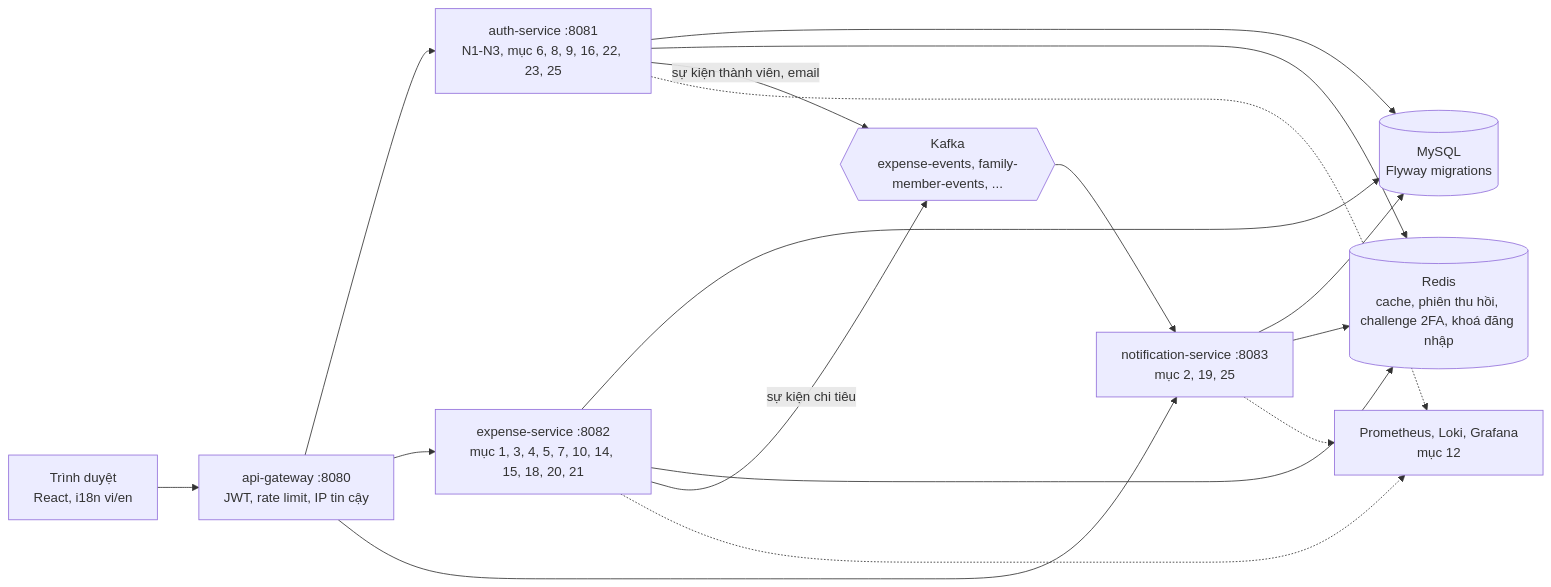
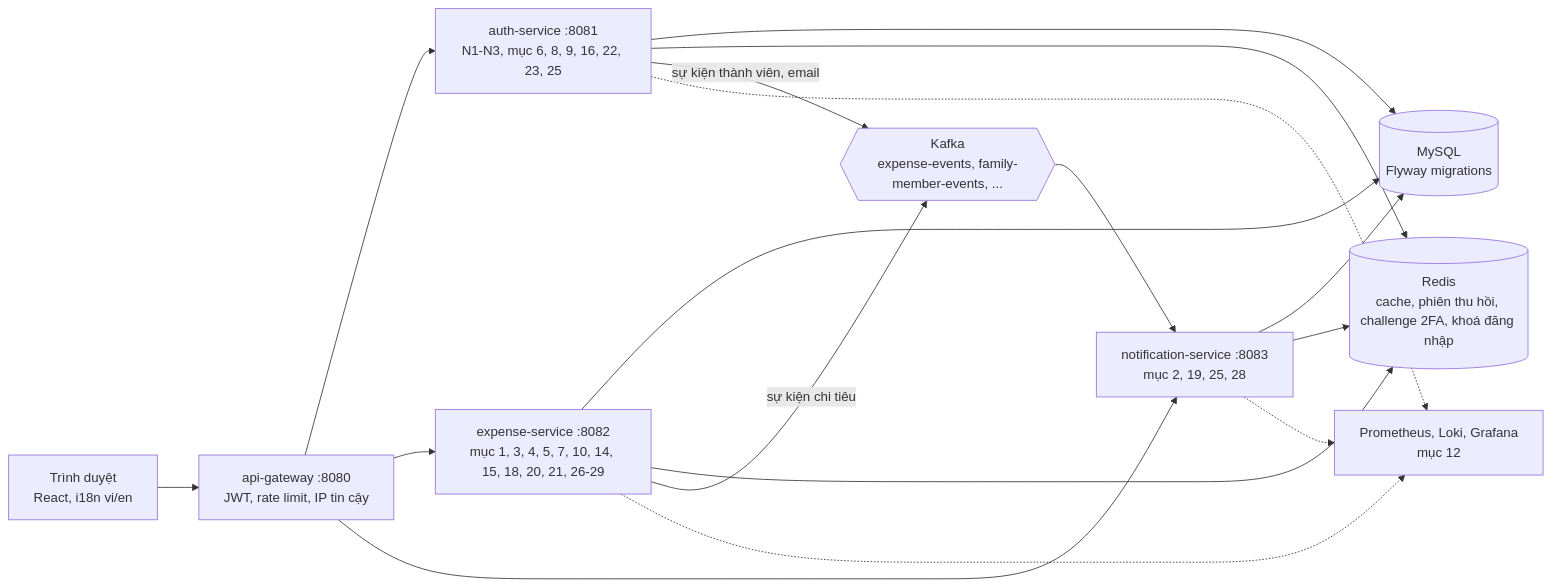
One commit to boyquynhluu/family-expense-manager changed the second of 41 diagrams in README.md. Above: the diagram before and after it, drawn with Mermaid. The commit also changed other lines of this file and 5 other files, not shown here.

````diff
--- a/README.md
+++ b/README.md
@@ -236,29 +266,29 @@
 ```mermaid
 flowchart LR
     U["Trình duyệt<br/>React, i18n vi/en"]
     GW["api-gateway :8080<br/>JWT, rate limit, IP tin cậy"]
     AU["auth-service :8081<br/>N1-N3, mục 6, 8, 9, 16, 22, 23, 25"]
-    EX["expense-service :8082<br/>mục 1, 3, 4, 5, 7, 10, 14, 15, 18, 20, 21"]
-    NO["notification-service :8083<br/>mục 2, 19, 25"]
+    EX["expense-service :8082<br/>mục 1, 3, 4, 5, 7, 10, 14, 15, 18, 20, 21, 26-29"]
+    NO["notification-service :8083<br/>mục 2, 19, 25, 28"]
     DB[("MySQL<br/>Flyway migrations")]
     RD[("Redis<br/>cache, phiên thu hồi, challenge 2FA, khoá đăng nhập")]
     KF{{"Kafka<br/>expense-events, family-member-events, ..."}}
     OB["Prometheus, Loki, Grafana<br/>mục 12"]
 
     U --> GW
     GW --> AU
     GW --> EX
     GW --> NO
     AU --> DB
     EX --> DB
     NO --> DB
     AU --> RD
     EX --> RD
     NO --> RD
     EX -- "sự kiện chi tiêu" --> KF
     AU -- "sự kiện thành viên, email" --> KF
     KF --> NO
     AU -.-> OB
     EX -.-> OB
     NO -.-> OB
 ```
````
